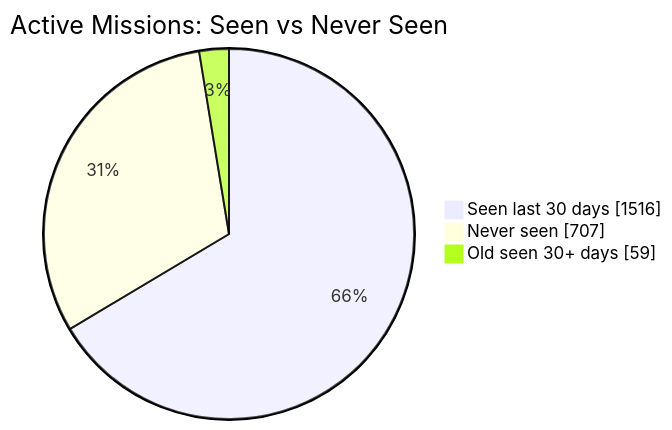
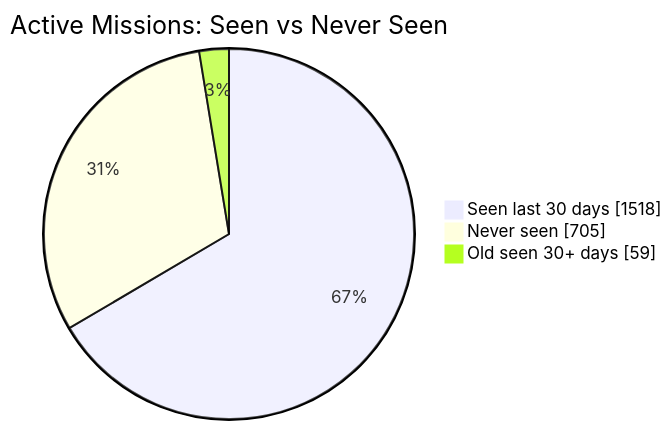
One commit to MeldkamerspelGameTeam/active-missions changed the first of 2 diagrams in README.md. Above: the diagram before and after it, drawn with Mermaid. The commit also changed other lines of this file and 2 other files, not shown here.

````diff
--- a/README.md
+++ b/README.md
@@ -34,7 +34,7 @@
 ```mermaid
 pie showData
     title Active Missions: Seen vs Never Seen
-    "Seen last 30 days" : 1516
-    "Never seen" : 707
+    "Seen last 30 days" : 1518
+    "Never seen" : 705
     "Old seen 30+ days" : 59
 ```
````
